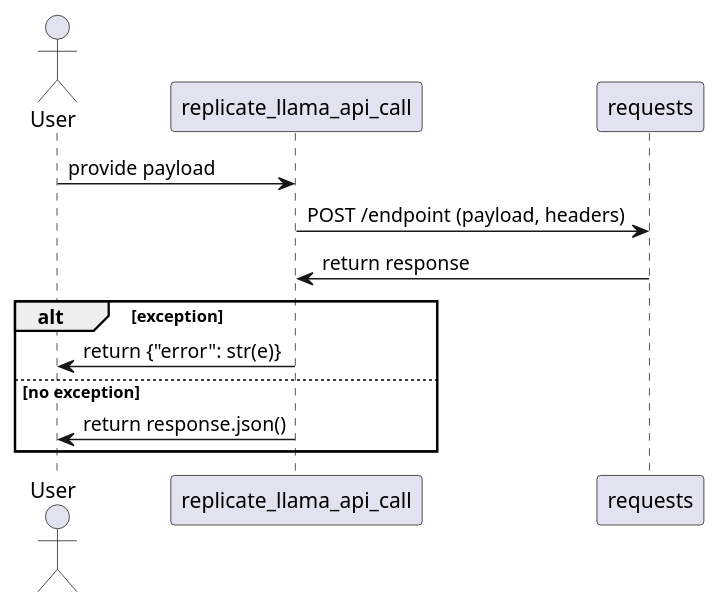
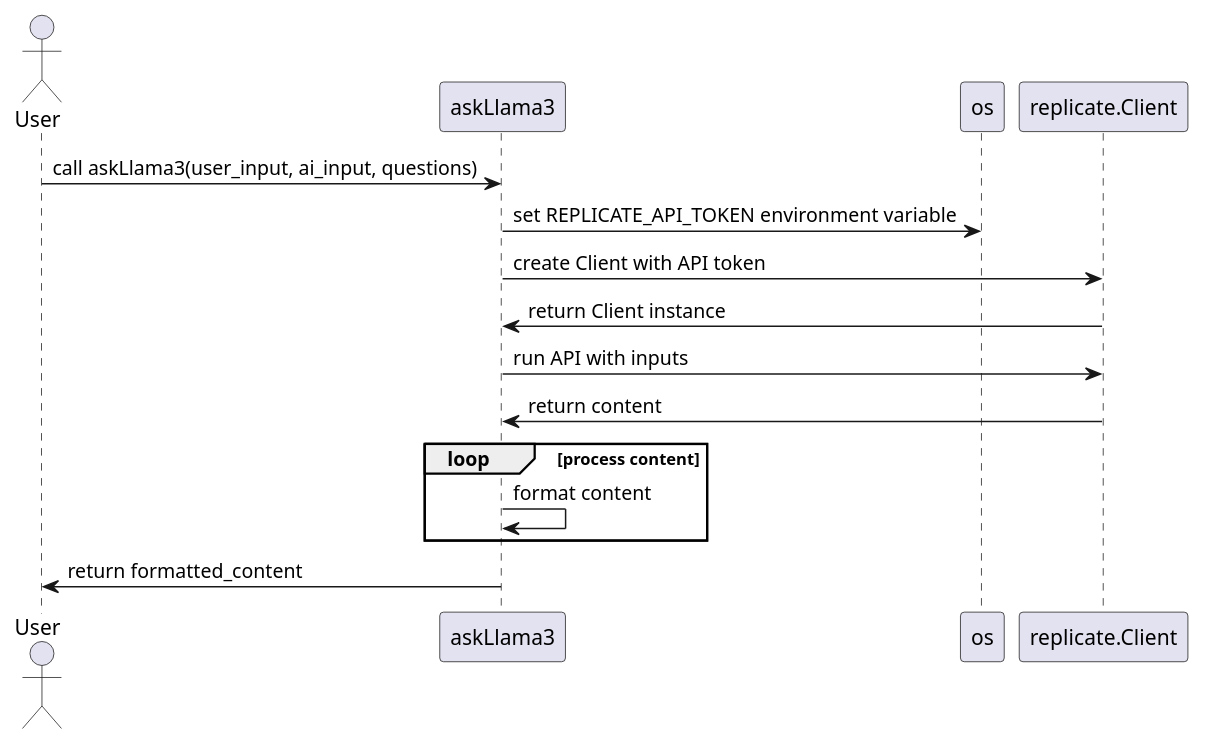
Before and after one commit to NoahS20/Grad-Project: the diagram in Diagrams/Sequence Diagrams/BackEnd/replicateLlama3APICallUMLSequence.wsd, drawn with PlantUML. The commit also changed 8 other files, not shown here.

```diff
--- a/Diagrams/Sequence Diagrams/BackEnd/replicateLlama3APICallUMLSequence.wsd
+++ b/Diagrams/Sequence Diagrams/BackEnd/replicateLlama3APICallUMLSequence.wsd
@@ -1,14 +1,20 @@
 @startuml
 actor User
-participant replicate_llama_api_call
-participant requests
 
-User -> replicate_llama_api_call: provide payload
-replicate_llama_api_call -> requests: POST /endpoint (payload, headers)
-requests -> replicate_llama_api_call: return response
-alt exception
-    replicate_llama_api_call -> User: return {"error": str(e)}
-else no exception
-    replicate_llama_api_call -> User: return response.json()
+participant askLlama3
+participant os
+participant replicate.Client
+
+User -> askLlama3: call askLlama3(user_input, ai_input, questions)
+askLlama3 -> os: set REPLICATE_API_TOKEN environment variable
+askLlama3 -> replicate.Client: create Client with API token
+replicate.Client -> askLlama3: return Client instance
+askLlama3 -> replicate.Client: run API with inputs
+replicate.Client -> askLlama3: return content
+
+loop process content
+    askLlama3 -> askLlama3: format content
 end
+
+askLlama3 -> User: return formatted_content
 @enduml
```
